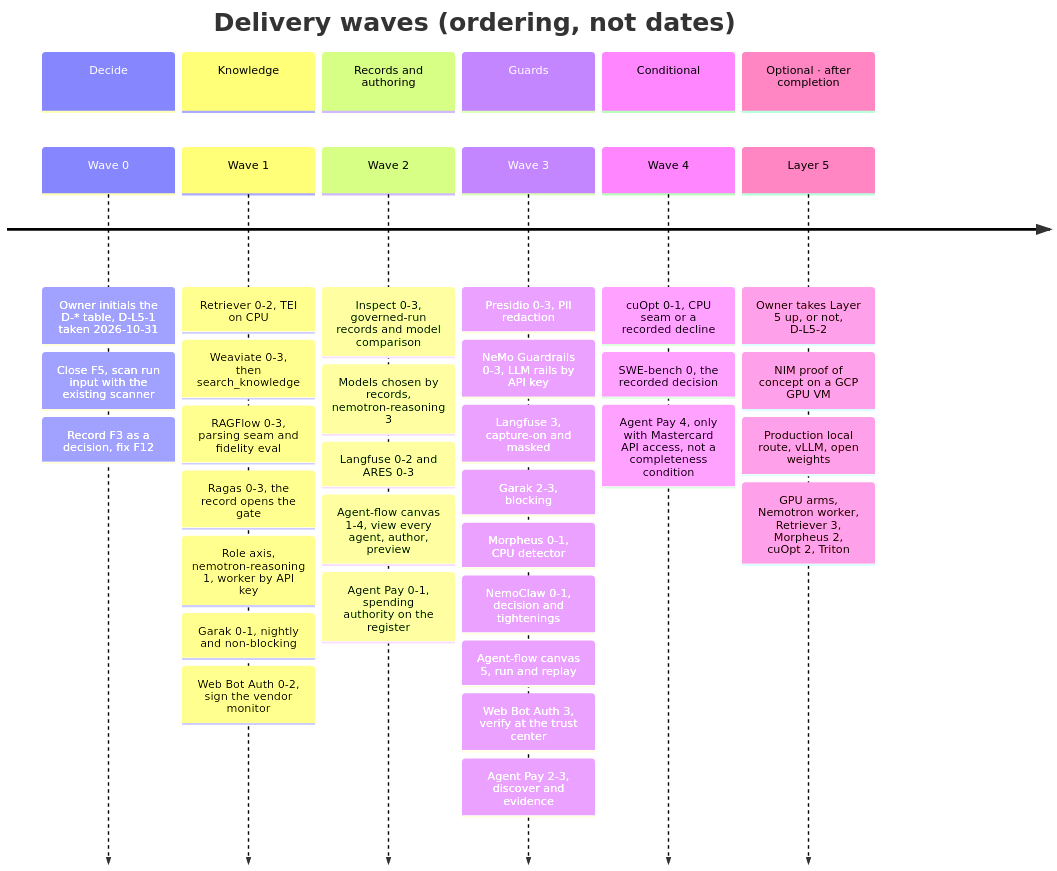
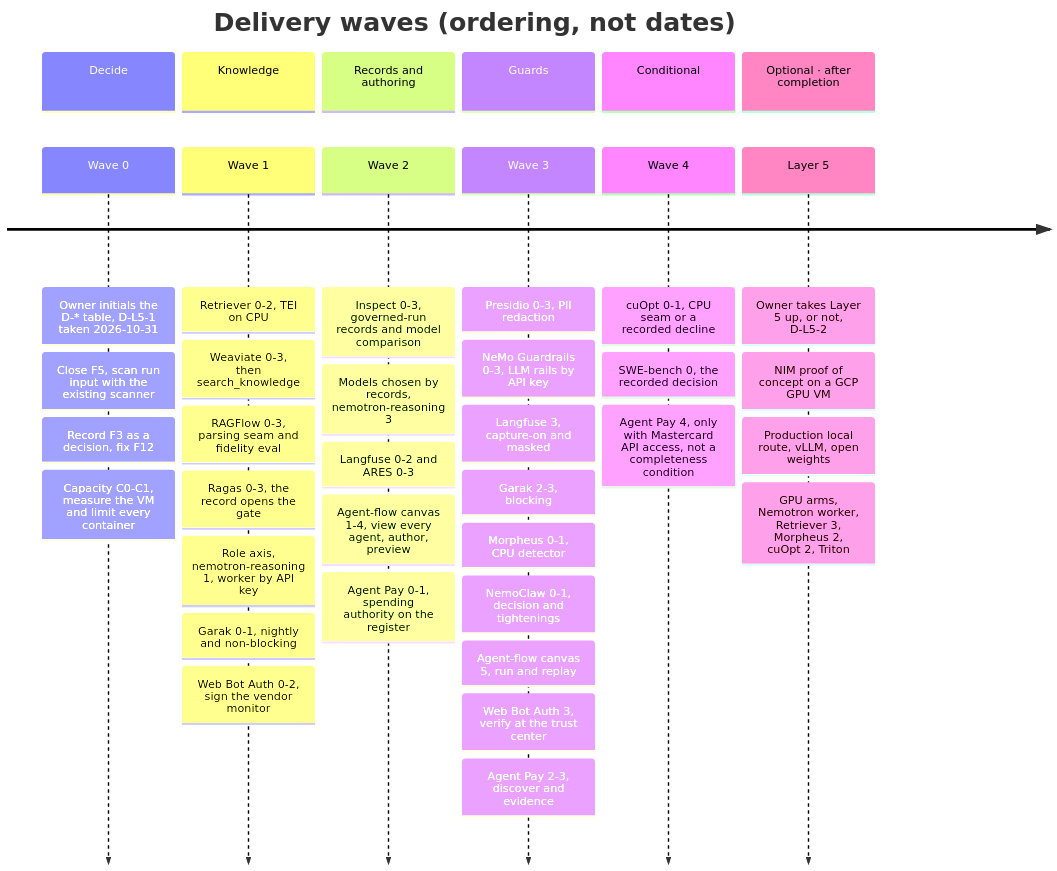
The third of 5 diagrams in docs/ai-architecture-roadmap.md (RodnaPamet/inflect-compliance), drawn with Mermaid before and after one commit. The commit also changed other lines of this file and 14 other files, not shown here.

````diff
--- a/docs/ai-architecture-roadmap.md
+++ b/docs/ai-architecture-roadmap.md
@@ -526,41 +630,42 @@
 ```mermaid
 timeline
   title Delivery waves (ordering, not dates)
   section Decide
     Wave 0 : Owner initials the D-* table, D-L5-1 taken 2026-10-31
            : Close F5, scan run input with the existing scanner
            : Record F3 as a decision, fix F12
+           : Capacity C0-C1, measure the VM and limit every container
   section Knowledge
     Wave 1 : Retriever 0-2, TEI on CPU
            : Weaviate 0-3, then search_knowledge
            : RAGFlow 0-3, parsing seam and fidelity eval
            : Ragas 0-3, the record opens the gate
            : Role axis, nemotron-reasoning 1, worker by API key
            : Garak 0-1, nightly and non-blocking
            : Web Bot Auth 0-2, sign the vendor monitor
   section Records and authoring
     Wave 2 : Inspect 0-3, governed-run records and model comparison
            : Models chosen by records, nemotron-reasoning 3
            : Langfuse 0-2 and ARES 0-3
            : Agent-flow canvas 1-4, view every agent, author, preview
            : Agent Pay 0-1, spending authority on the register
   section Guards
     Wave 3 : Presidio 0-3, PII redaction
            : NeMo Guardrails 0-3, LLM rails by API key
            : Langfuse 3, capture-on and masked
            : Garak 2-3, blocking
            : Morpheus 0-1, CPU detector
            : NemoClaw 0-1, decision and tightenings
            : Agent-flow canvas 5, run and replay
            : Web Bot Auth 3, verify at the trust center
            : Agent Pay 2-3, discover and evidence
   section Conditional
     Wave 4 : cuOpt 0-1, CPU seam or a recorded decline
            : SWE-bench 0, the recorded decision
            : Agent Pay 4, only with Mastercard API access, not a completeness condition
   section Optional · after completion
     Layer 5 : Owner takes Layer 5 up, or not, D-L5-2
             : NIM proof of concept on a GCP GPU VM
             : Production local route, vLLM, open weights
             : GPU arms, Nemotron worker, Retriever 3, Morpheus 2, cuOpt 2, Triton
 ```
````
